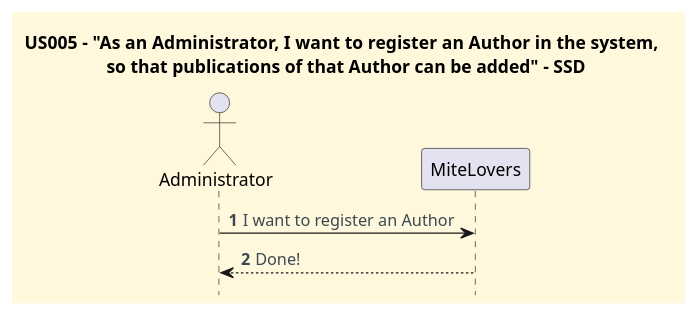
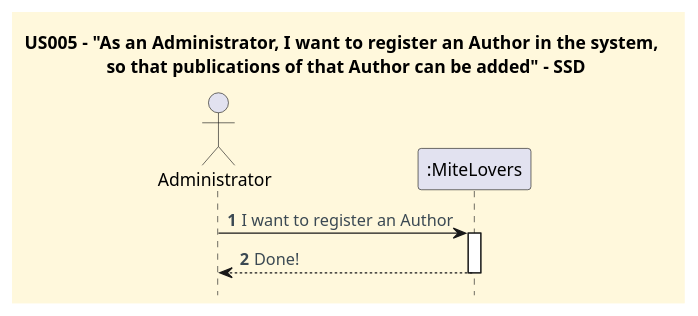
One commit to CarolinaLeite-collab/JavaMarketplacePlatform changed the diagram in docs/userStories/US005/US005_to_register_an_author_SSD.puml. Above: the diagram before and after it, drawn with PlantUML. The commit also changed 2 other files, not shown here.

Commit message:
Refs #316: Updates US005 sequence and class diagrams

```diff
--- a/docs/userStories/US005/US005_to_register_an_author_SSD.puml
+++ b/docs/userStories/US005/US005_to_register_an_author_SSD.puml
@@ -1,27 +1,29 @@
 @startuml
 title US005 - "As an Administrator, I want to register an Author in the system, \n so that publications of that Author can be added" - SSD
 hidefootbox
 
 '==== basic style ====
 skinparam monochrome false
 skinparam shadowing false
 skinparam defaultFontName Futura
 skinparam objectFontSize 20
 skinparam backgroundColor CornSilk
 skinparam objectBackgroundColor WhiteSmoke
 skinparam noteBackgroundColor #FFFFE0
 skinparam ArrowFontColor #3B4953
 skinparam ActivationBackgroundColor black
 
 autonumber
 autoactivate off
 
 actor Administrator as Admin
-participant "MiteLovers" as System
+participant ":MiteLovers" as System
 
 Admin -> System: I want to register an Author
+activate System
 System --> Admin: Done!
+deactivate System
 
 
 deactivate System
 @enduml
```
